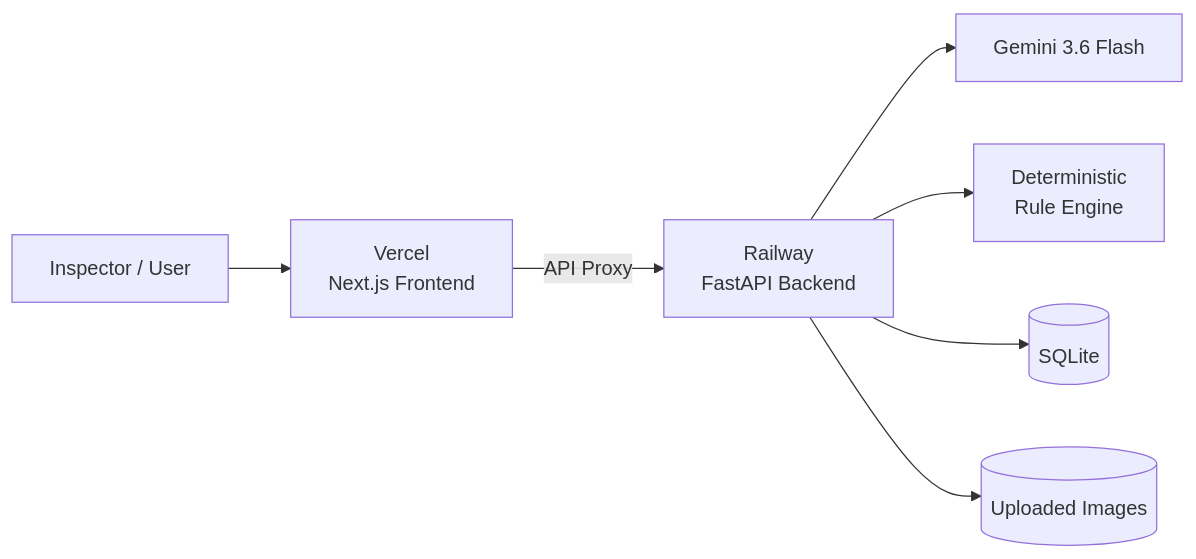
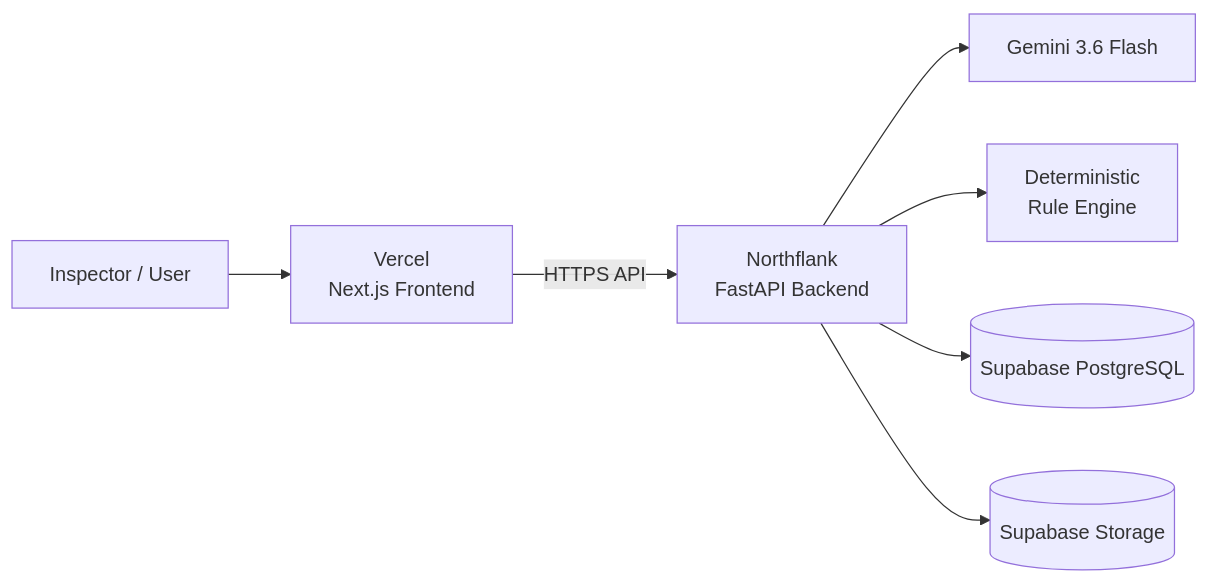
The second of 2 diagrams in README.md (SuperVOID-og/SIH26034), drawn with Mermaid before and after one commit. The commit also changed other lines of this file, not shown here.

````diff
--- a/README.md
+++ b/README.md
@@ -404,28 +404,28 @@
 ```mermaid
 flowchart LR
     USER[Inspector / User]
 
     VERCEL[Vercel<br/>Next.js Frontend]
 
-    RAILWAY[Railway<br/>FastAPI Backend]
+    NORTHFLANK[Northflank<br/>FastAPI Backend]
 
     GEMINI[Gemini 3.6 Flash]
 
     RULES[Deterministic<br/>Rule Engine]
 
-    SQLITE[(SQLite)]
+    POSTGRES[(Supabase PostgreSQL)]
 
-    IMAGES[(Uploaded Images)]
+    STORAGE[(Supabase Storage)]
 
     USER --> VERCEL
 
-    VERCEL -->|API Proxy| RAILWAY
+    VERCEL -->|HTTPS API| NORTHFLANK
 
-    RAILWAY --> GEMINI
+    NORTHFLANK --> GEMINI
 
-    RAILWAY --> RULES
+    NORTHFLANK --> RULES
 
-    RAILWAY --> SQLITE
+    NORTHFLANK --> POSTGRES
 
-    RAILWAY --> IMAGES
+    NORTHFLANK --> STORAGE
 ```
````
